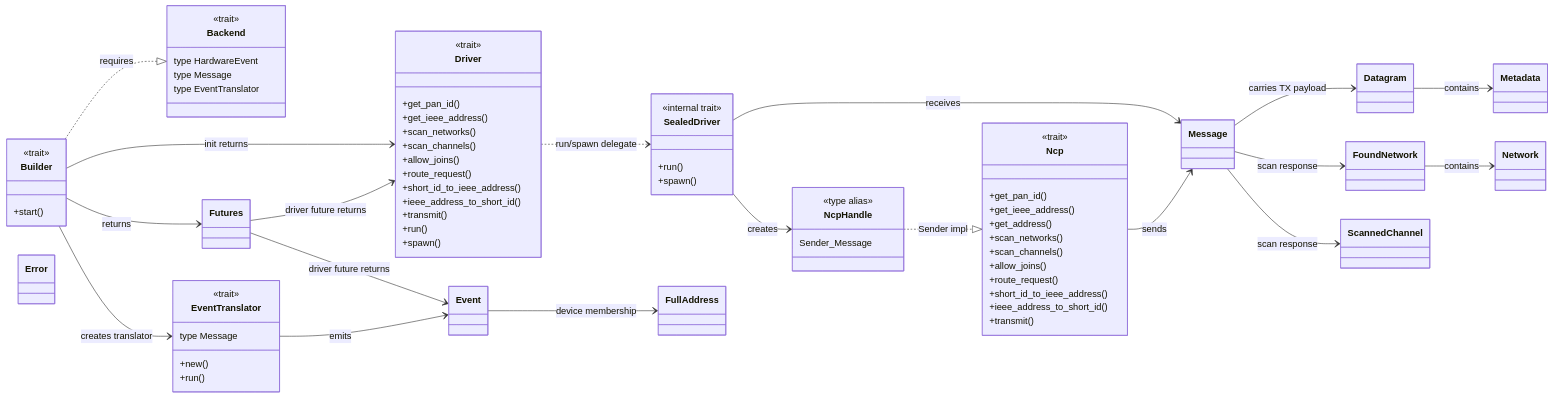
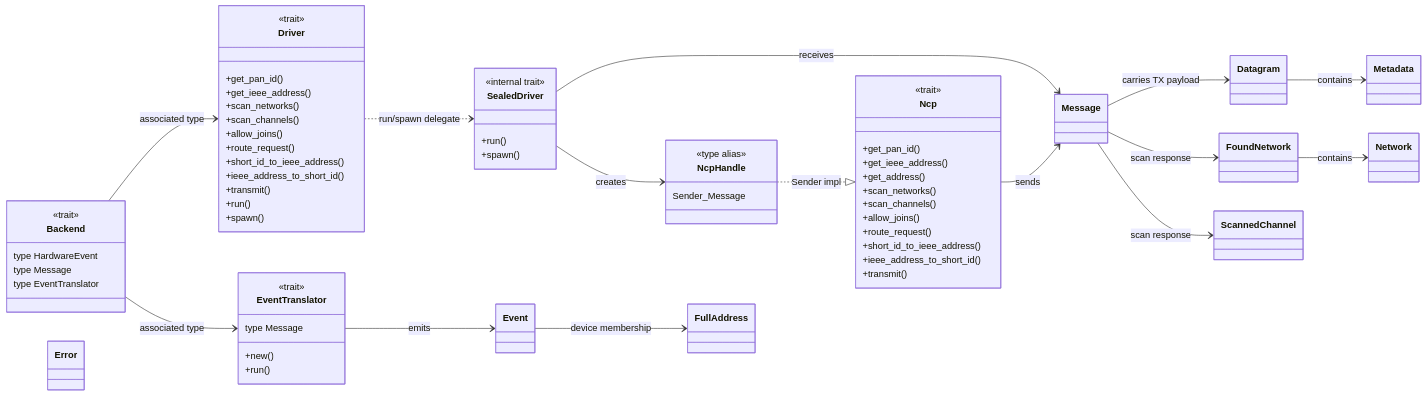
One commit to PaulmannLighting/apis-saltans changed the first of 4 diagrams in hw/ARCHITECTURE.md. Above: the diagram before and after it, drawn with Mermaid. The commit also changed other lines of this file and 6 other files, not shown here.

```diff
--- a/hw/ARCHITECTURE.md
+++ b/hw/ARCHITECTURE.md
@@ -74,11 +64,6 @@
         type HardwareEvent
         type Message
         type EventTranslator
-    }
-
-    class Builder {
-        <<trait>>
-        +start()
     }
 
     class Driver {
@@ -128,7 +113,6 @@
         +run()
     }
 
-    class Futures
     class Message
     class Event
     class FullAddress
@@ -139,12 +123,8 @@
     class ScannedChannel
     class Error
 
-    Builder ..|> Backend : requires
-    Builder --> Futures : returns
-    Builder --> Driver : init returns
-    Builder --> EventTranslator : creates translator
-    Futures --> Driver : driver future returns
-    Futures --> Event : driver future returns
+    Backend --> Driver : associated type
+    Backend --> EventTranslator : associated type
     Event --> FullAddress : device membership
     EventTranslator --> Event : emits
     Driver ..> SealedDriver : run/spawn delegate
```
